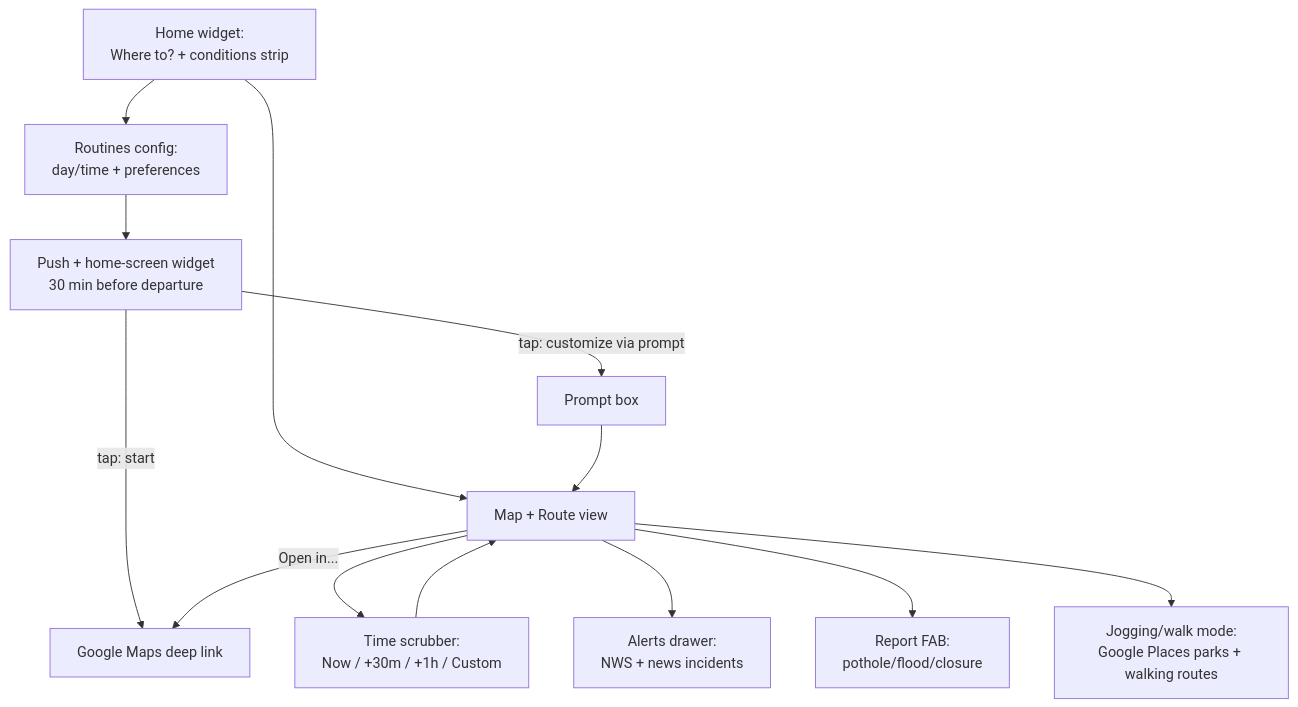
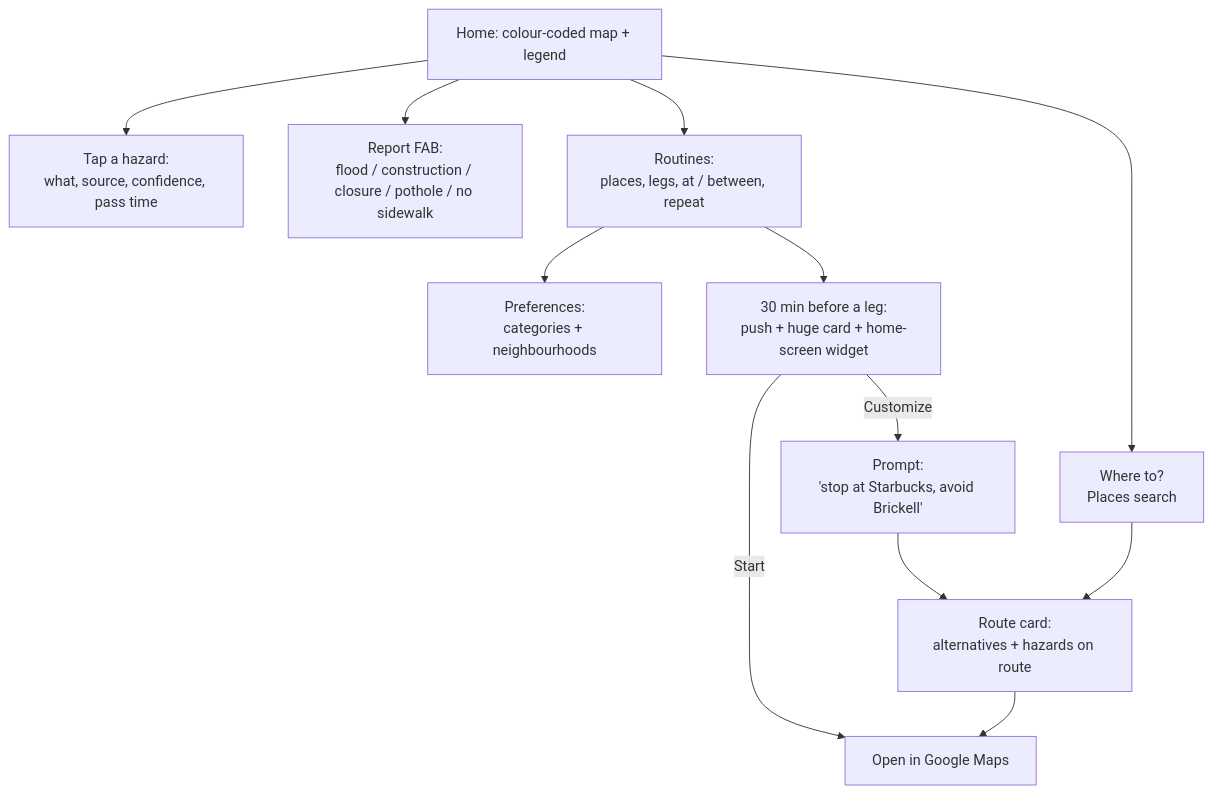
The second of 2 diagrams in AGENTS.md (TomasPessagno/mapay), drawn with Mermaid before and after one commit. The commit also changed other lines of this file and 3 other files, not shown here.

First line of the commit message:
Docs: revise README, AGENTS.md and roadmap to the Sept 26 spec

````diff
--- a/AGENTS.md
+++ b/AGENTS.md
@@ -219,14 +446,14 @@
 ```mermaid
 flowchart TD
-    Home[Home widget:\nWhere to? + conditions strip] --> Map[Map + Route view]
-    Home --> Routines[Routines config:\nday/time + preferences]
-    Routines --> Widget[Push + home-screen widget\n30 min before departure]
-    Widget -->|tap: start| GM[Google Maps deep link]
-    Widget -->|tap: customize via prompt| Prompt[Prompt box] --> Map
-    Map -->|Open in...| GM
-    Map --> Scrubber[Time scrubber:\nNow / +30m / +1h / Custom]
-    Scrubber --> Map
-    Map --> Alerts[Alerts drawer:\nNWS + news incidents]
-    Map --> ReportFAB[Report FAB:\npothole/flood/closure]
-    Map --> Walk[Jogging/walk mode:\nGoogle Places parks + walking routes]
+    Home[Home: colour-coded map + legend] --> Search[Where to?<br/>Places search]
+    Search --> Route[Route card:<br/>alternatives + hazards on route]
+    Route --> Open[Open in Google Maps]
+    Home --> Detail[Tap a hazard:<br/>what, source, confidence, pass time]
+    Home --> Report[Report FAB:<br/>flood / construction / closure / pothole / no sidewalk]
+    Home --> Routines[Routines:<br/>places, legs, at / between, repeat]
+    Routines --> Prefs[Preferences:<br/>categories + neighbourhoods]
+    Routines --> Heads[30 min before a leg:<br/>push + huge card + home-screen widget]
+    Heads -->|Start| Open
+    Heads -->|Customize| Prompt[Prompt:<br/>'stop at Starbucks, avoid Brickell']
+    Prompt --> Route
 ```
````
